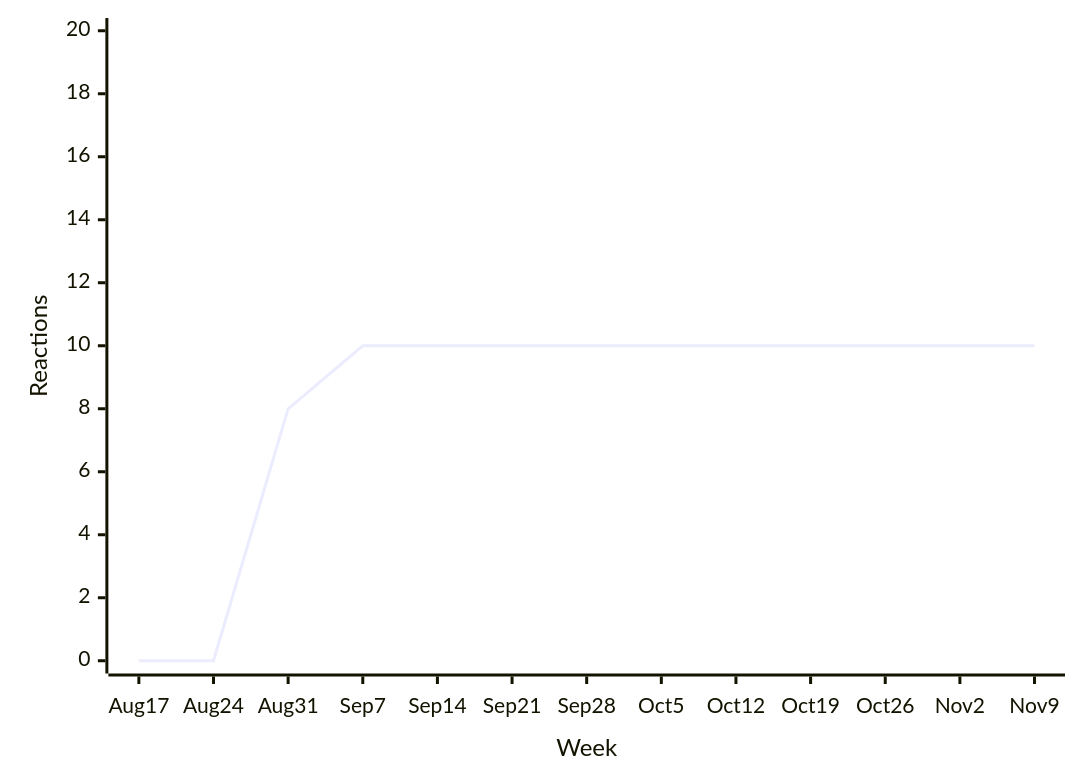
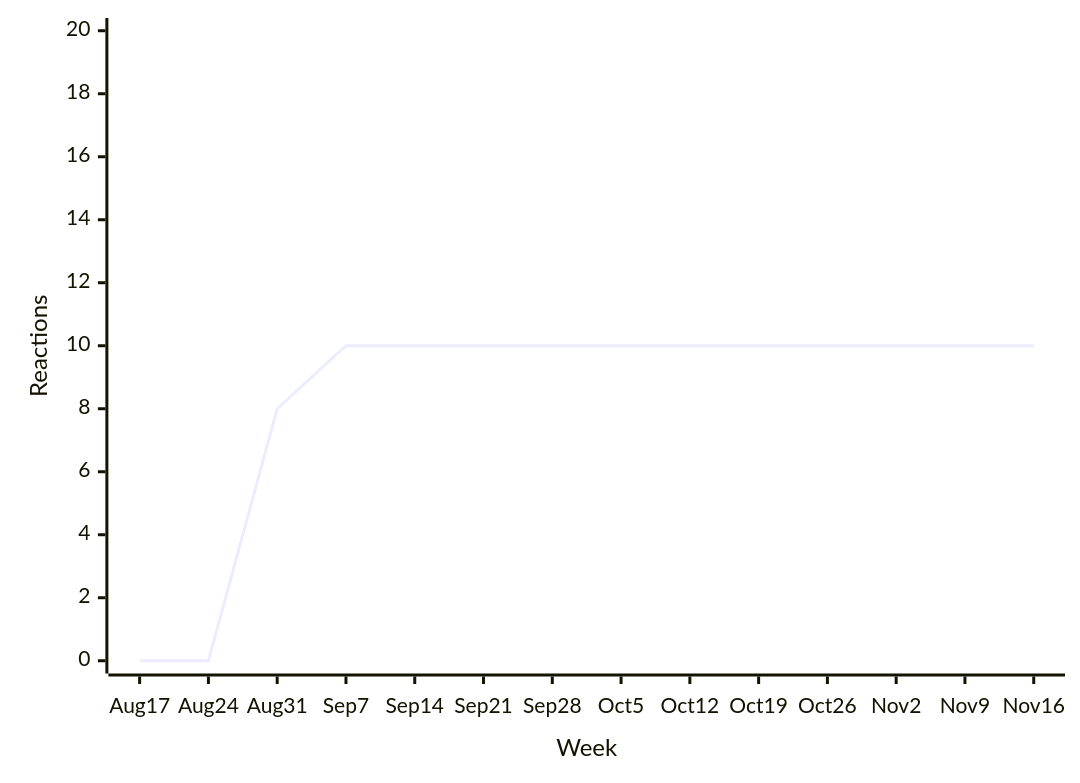
Diagram 16 of 38 in README.md (loic-sharma/github-insights), drawn with Mermaid before and after one commit. The commit also changed other lines of this file and 3 other files, not shown here.

````diff
--- a/README.md
+++ b/README.md
@@ -579,6 +579,6 @@
   ```mermaid
   xychart-beta
-    x-axis "Week" [Aug 17, Aug 24, Aug 31, Sep 7, Sep 14, Sep 21, Sep 28, Oct 5, Oct 12, Oct 19, Oct 26, Nov 2, Nov 9]
+    x-axis "Week" [Aug 17, Aug 24, Aug 31, Sep 7, Sep 14, Sep 21, Sep 28, Oct 5, Oct 12, Oct 19, Oct 26, Nov 2, Nov 9, Nov 16]
     y-axis "Reactions" 0 --> 20
-    line [0, 0, 8, 10, 10, 10, 10, 10, 10, 10, 10, 10, 10]
+    line [0, 0, 8, 10, 10, 10, 10, 10, 10, 10, 10, 10, 10, 10]
   ```
````
